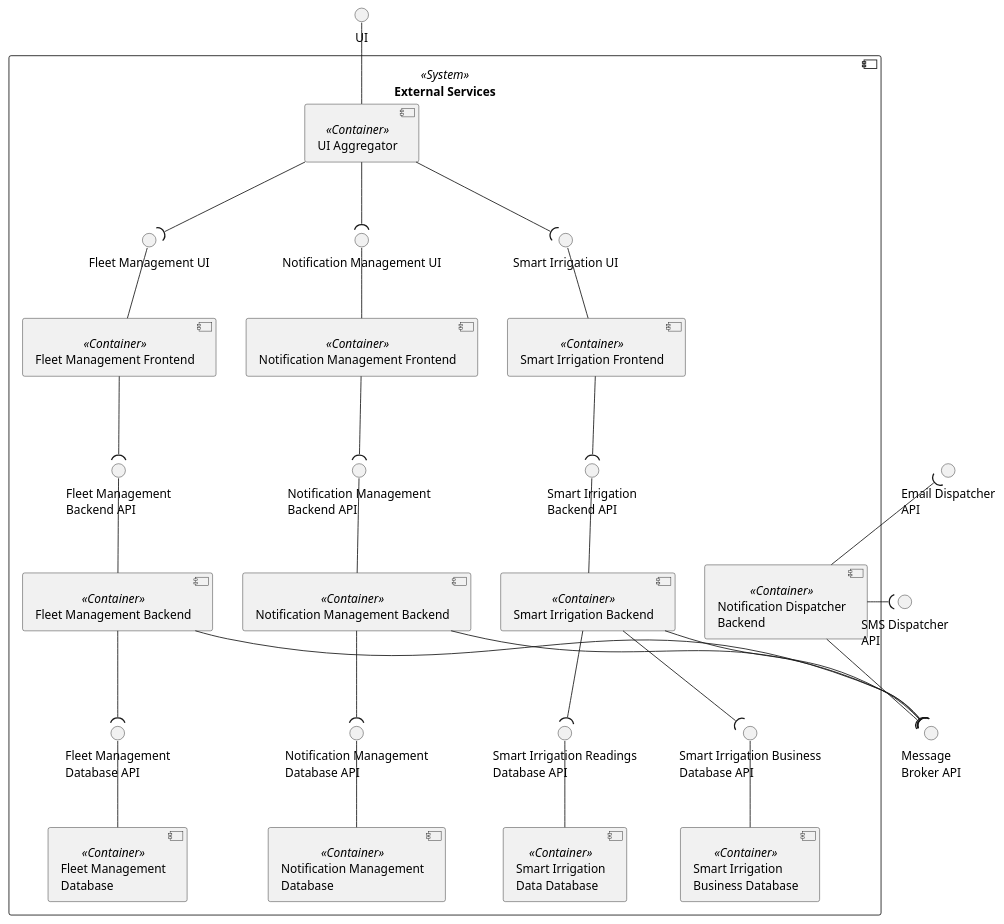
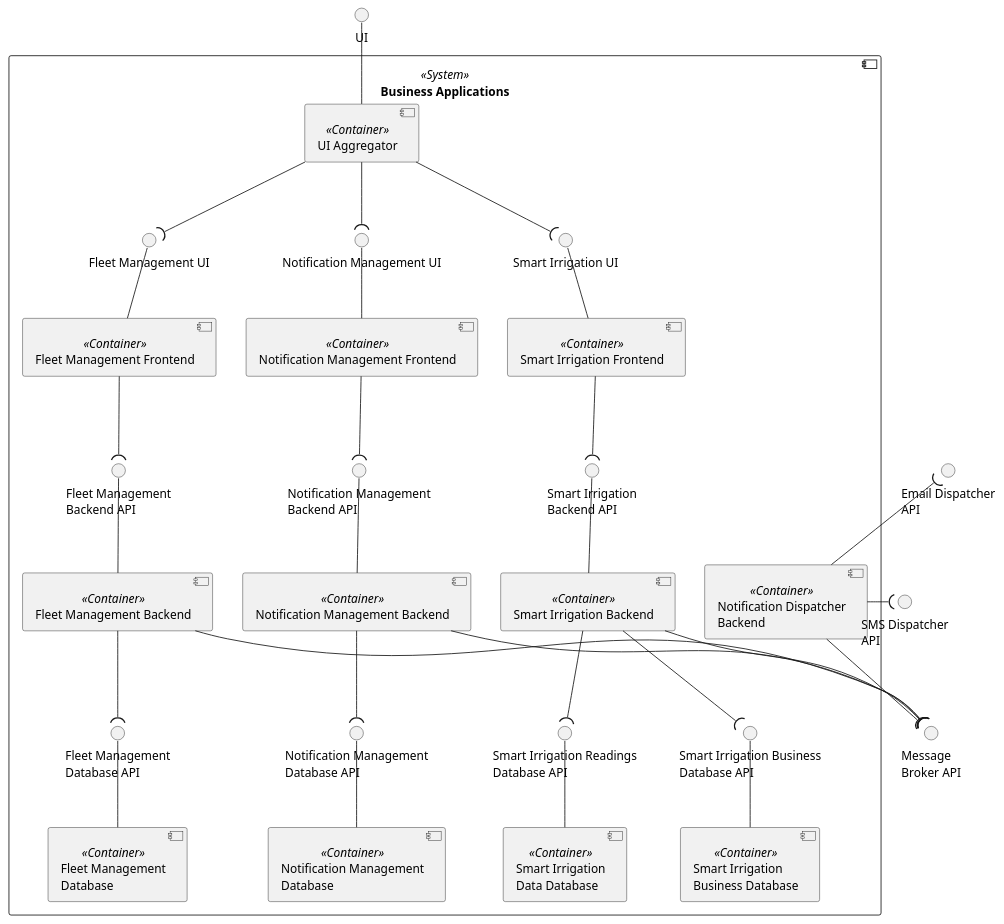
The diagram in assets/diagrams/design/architectural/level2/logical/service.pu (FilipeMCruz/dissertation), drawn with PlantUML before and after one commit. The commit also changed 49 other files, not shown here.

Commit message:
changed external services to business applications

```diff
--- a/assets/diagrams/design/architectural/level2/logical/service.pu
+++ b/assets/diagrams/design/architectural/level2/logical/service.pu
@@ -1,83 +1,83 @@
 @startuml service
 
 'left to right direction
 
 skinparam sequenceMessageAlign center
 skinparam Shadowing false
 skinparam componentStyle uml2
 skinparam packageStyle rectangle
 
 interface "UI" as UI
 
 interface "SMS Dispatcher\nAPI" as SMTP_ENDPOINT
 interface "Email Dispatcher\nAPI" as SMS_ENDPOINT
 interface "Message\nBroker API" as MB_API
 
-component "External Services" <<System>> {
+component "Business Applications" <<System>> {
     component "UI Aggregator" as UIAG <<Container>>
     component "Fleet Management Frontend" as LTF <<Container>>
     component "Smart Irrigation Frontend" as SIF <<Container>>
     component "Notification Management Frontend" as NOTIF_MAN_FRONT <<Container>>
 
     interface "Fleet Management UI" as LTF_API
     interface "Smart Irrigation UI" as SIF_API
     interface "Notification Management UI" as NOTIF_MAN_FRONT_API
 
     LTF_API -- LTF
     SIF_API -- SIF
     NOTIF_MAN_FRONT_API -- NOTIF_MAN_FRONT
 
     UIAG --( LTF_API
     UIAG --( SIF_API
     UIAG --( NOTIF_MAN_FRONT_API
 
 
     component "Fleet Management Backend" as LTB <<Container>>
     component "Smart Irrigation Backend" as SIB <<Container>>
     component "Fleet Management\nDatabase" as QUESTDB <<Container>>
     component "Smart Irrigation\nData Database" as SIDDB <<Container>>
     component "Smart Irrigation\nBusiness Database" as SIBDB <<Container>>
 
     component "Notification Management Backend" as NOTIF_MAN_BACK <<Container>>
     component "Notification Management\nDatabase" as NOTIF_MAN_DB <<Container>>
     component "Notification Dispatcher\nBackend" as NOTIF_BACK <<Container>>
 
     interface "Fleet Management\nBackend API" as LTB_API
     interface "Smart Irrigation\nBackend API" as SIB_API
     interface "Fleet Management\nDatabase API" as QUESTDB_API
     interface "Smart Irrigation Readings\nDatabase API" as SIDDB_API
     interface "Smart Irrigation Business\nDatabase API" as SIBDB_API
     interface "Notification Management\nBackend API" as NOTIF_MAN_BACK_API
     interface "Notification Management\nDatabase API" as NOTIF_MAN_DB_API
 
     LTB --( QUESTDB_API
     NOTIF_MAN_BACK --( NOTIF_MAN_DB_API
     SIB --( SIDDB_API
     SIB --( SIBDB_API
     NOTIF_MAN_BACK_API -- NOTIF_MAN_BACK
     LTB_API -- LTB
     SIB_API -- SIB
     UI -- UIAG
     QUESTDB_API -- QUESTDB
     NOTIF_MAN_DB_API -- NOTIF_MAN_DB
     SIDDB_API -- SIDDB
     SIBDB_API -- SIBDB
     LTF --( LTB_API
     SIF --( SIB_API
     NOTIF_MAN_FRONT --( NOTIF_MAN_BACK_API
 
     LTB --( MB_API
     SIB --( MB_API
     NOTIF_MAN_BACK --( MB_API
     NOTIF_BACK --( MB_API
 
     NOTIF_BACK -( SMTP_ENDPOINT
     SMS_ENDPOINT )-- NOTIF_BACK
 
     NOTIF_MAN_BACK -[hidden] NOTIF_BACK
 
     NOTIF_MAN_BACK -[hidden] SIB
 }
 
 
 @enduml
```
